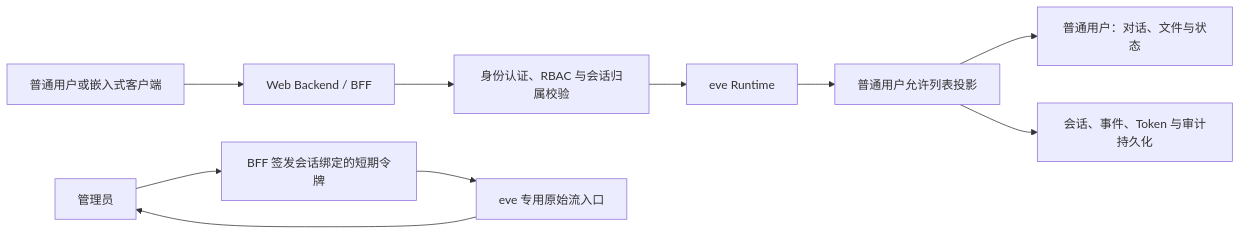
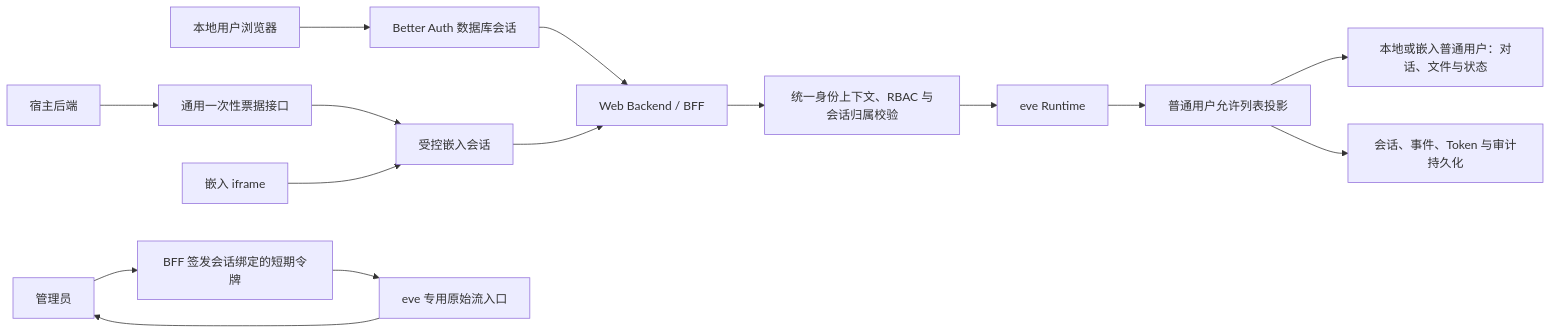
One commit to Procyon-Nan/baigong-agent changed the diagram in docs/项目最终目标.md. Above: the diagram before and after it, drawn with Mermaid. The commit also changed other lines of this file and 2 other files, not shown here.

````diff
--- a/docs/项目最终目标.md
+++ b/docs/项目最终目标.md
@@ -116,12 +123,17 @@
 ```mermaid
 flowchart LR
-    UserBrowser["普通用户或嵌入式客户端"] --> BFF["Web Backend / BFF"]
-    BFF --> Auth["身份认证、RBAC 与会话归属校验"]
+    LocalBrowser["本地用户浏览器"] --> LocalAuth["Better Auth 数据库会话"]
+    HostBackend["宿主后端"] --> Ticket["通用一次性票据接口"]
+    Ticket --> EmbedSession["受控嵌入会话"]
+    EmbedIframe["嵌入 iframe"] --> EmbedSession
+    LocalAuth --> BFF["Web Backend / BFF"]
+    EmbedSession --> BFF
+    BFF --> Auth["统一身份上下文、RBAC 与会话归属校验"]
     Auth --> Eve["eve Runtime"]
     Eve --> Projection["普通用户允许列表投影"]
-    Projection --> User["普通用户：对话、文件与状态"]
+    Projection --> User["本地或嵌入普通用户：对话、文件与状态"]
     Projection --> Store["会话、事件、Token 与审计持久化"]
     Admin["管理员"] --> Token["BFF 签发会话绑定的短期令牌"]
     Token --> Raw["eve 专用原始流入口"]
     Raw --> Admin
 ```
````
